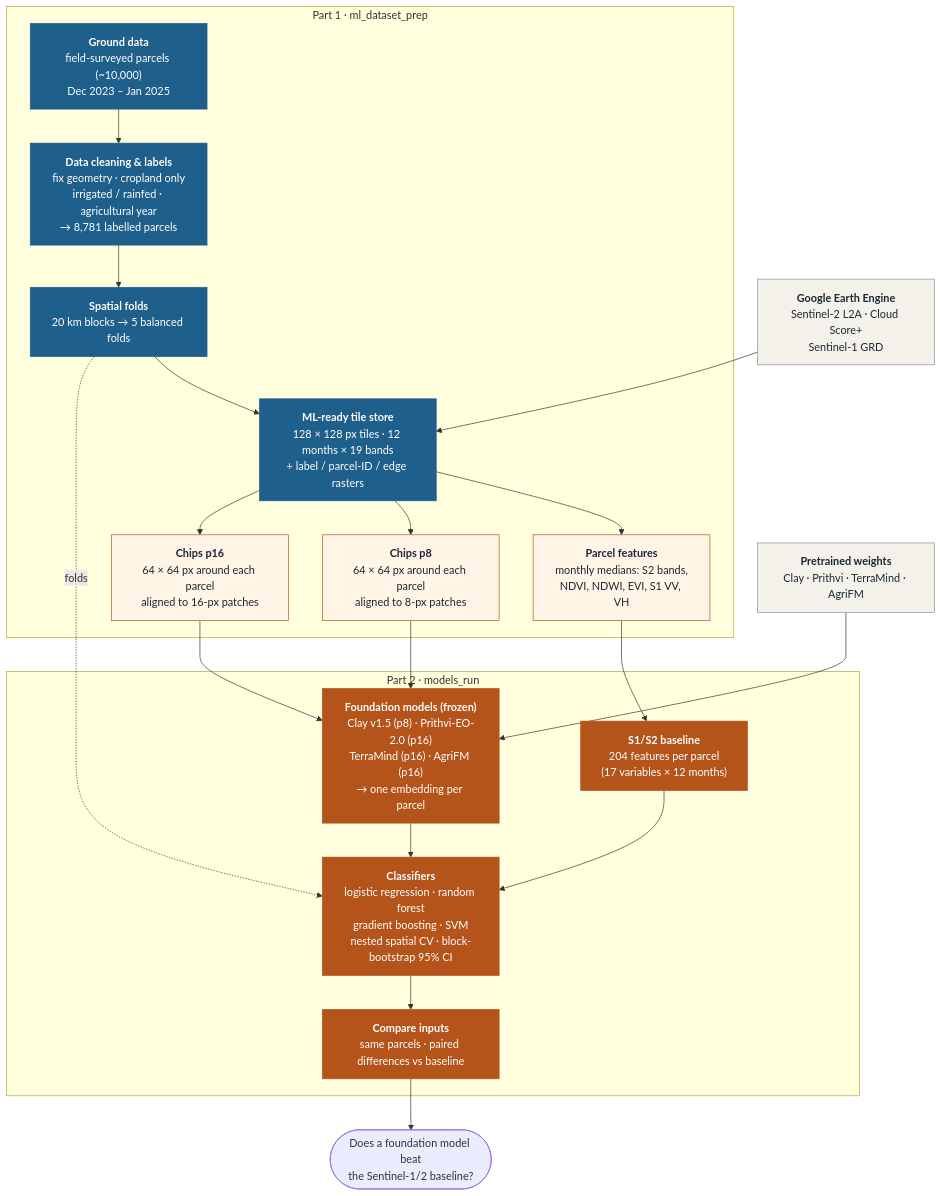
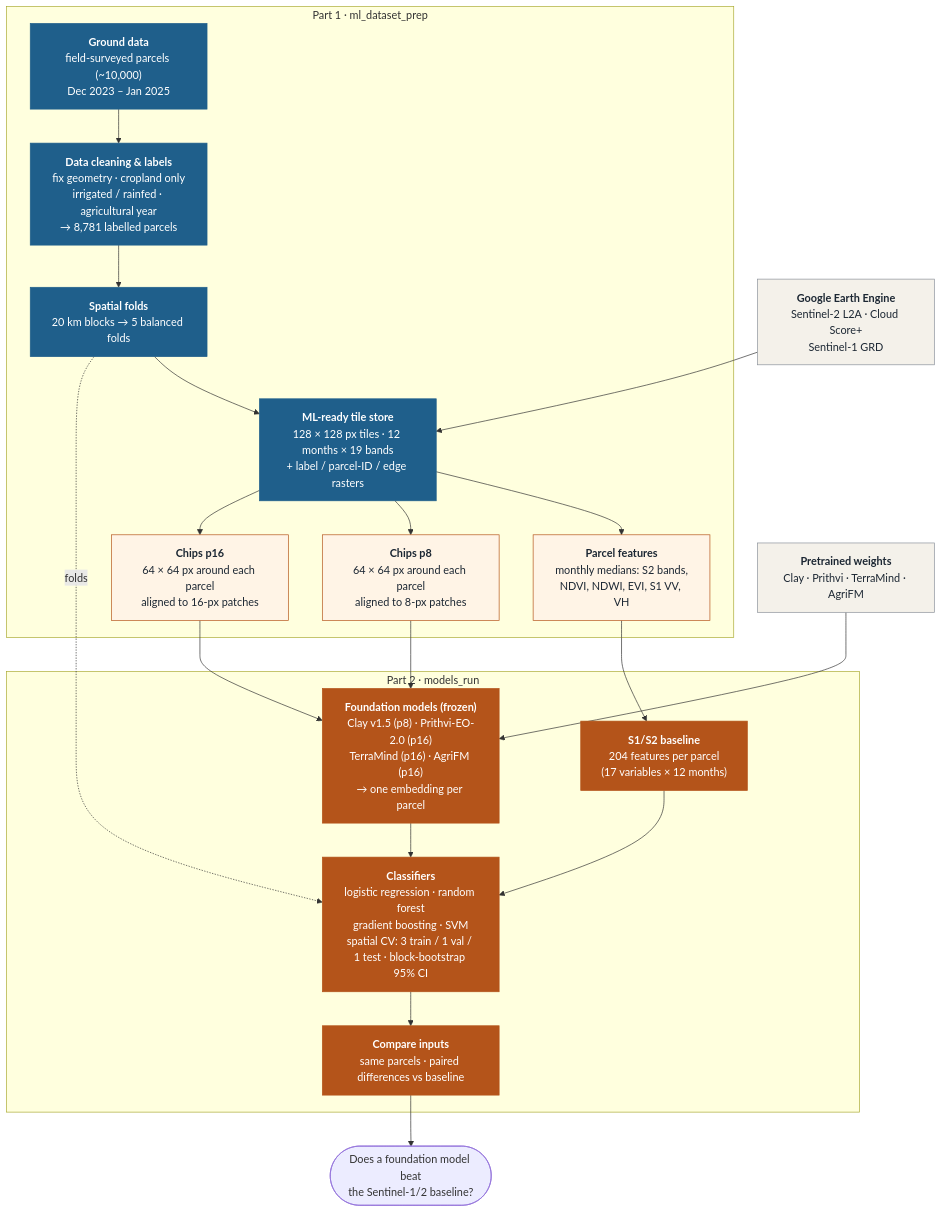
The diagram in README.md (amanchry/irrimapping-geofm), drawn with Mermaid before and after one commit. The commit also changed other lines of this file and 127 other files, not shown here.

````diff
--- a/README.md
+++ b/README.md
@@ -17,44 +28,44 @@
 ```mermaid
 flowchart TD
     subgraph P1["Part 1 · ml_dataset_prep"]
         GT["<b>Ground data</b><br/>field-surveyed parcels (~10,000)<br/>Dec 2023 – Jan 2025"]
         CL["<b>Data cleaning & labels</b><br/>fix geometry · cropland only<br/>irrigated / rainfed · agricultural year<br/>→ 8,781 labelled parcels"]
         SF["<b>Spatial folds</b><br/>20 km blocks → 5 balanced folds"]
         TS["<b>ML-ready tile store</b><br/>128 × 128 px tiles · 12 months × 19 bands<br/>+ label / parcel-ID / edge rasters"]
         FE["<b>Parcel features</b><br/>monthly medians: S2 bands,<br/>NDVI, NDWI, EVI, S1 VV, VH"]
         C8["<b>Chips p8</b><br/>64 × 64 px around each parcel<br/>aligned to 8-px patches"]
         C16["<b>Chips p16</b><br/>64 × 64 px around each parcel<br/>aligned to 16-px patches"]
         GT --> CL --> SF --> TS
         TS --> FE
         TS --> C8
         TS --> C16
     end
 
     EE["<b>Google Earth Engine</b><br/>Sentinel-2 L2A · Cloud Score+<br/>Sentinel-1 GRD"] --> TS
 
     subgraph P2["Part 2 · models_run"]
         BL["<b>S1/S2 baseline</b><br/>204 features per parcel<br/>(17 variables × 12 months)"]
         FM["<b>Foundation models (frozen)</b><br/>Clay v1.5 (p8) · Prithvi-EO-2.0 (p16)<br/>TerraMind (p16) · AgriFM (p16)<br/>→ one embedding per parcel"]
-        CF["<b>Classifiers</b><br/>logistic regression · random forest<br/>gradient boosting · SVM<br/>nested spatial CV · block-bootstrap 95% CI"]
+        CF["<b>Classifiers</b><br/>logistic regression · random forest<br/>gradient boosting · SVM<br/>spatial CV: 3 train / 1 val / 1 test · block-bootstrap 95% CI"]
         CM["<b>Compare inputs</b><br/>same parcels · paired differences vs baseline"]
         BL --> CF
         FM --> CF
         CF --> CM
     end
 
     FE --> BL
     C8 --> FM
     C16 --> FM
     W["<b>Pretrained weights</b><br/>Clay · Prithvi · TerraMind · AgriFM"] --> FM
     SF -. "folds" .-> CF
     CM --> R(["Does a foundation model beat<br/>the Sentinel-1/2 baseline?"])
 
     classDef part1 fill:#1F5F8B,color:#fff,stroke:#1F5F8B
     classDef data fill:#FFF4E6,stroke:#B4541A,color:#1C2733
     classDef part2 fill:#B4541A,color:#fff,stroke:#B4541A
     classDef ext fill:#F4F1EA,stroke:#8A919A,color:#1C2733
     class GT,CL,SF,TS part1
     class FE,C8,C16 data
     class BL,FM,CF,CM part2
     class EE,W ext
 ```
````
